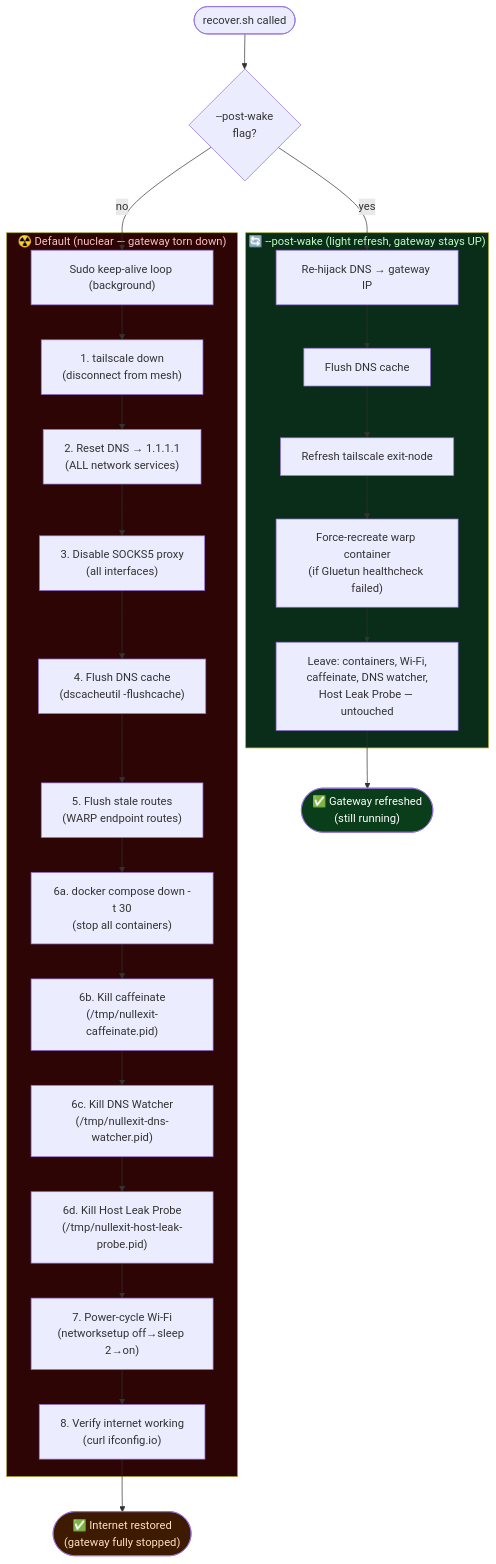
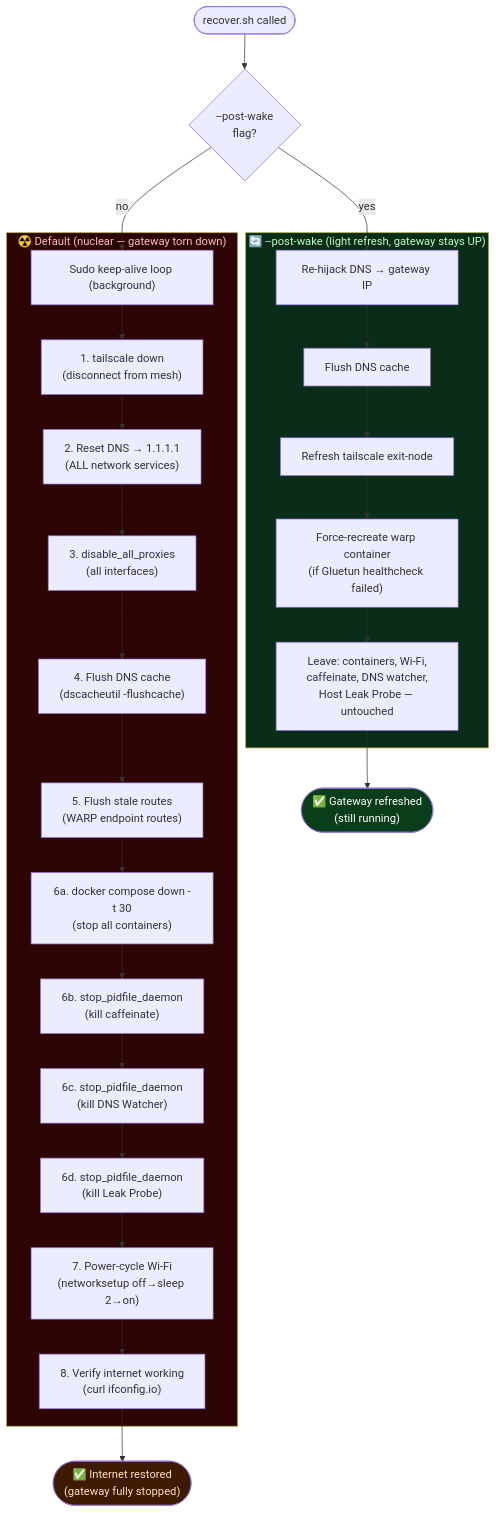
Before and after one commit to OmarAlaaeldein/nullexit: the sixth of 7 diagrams in diagrams.md, drawn with Mermaid. The commit also changed other lines of this file, not shown here.

First line of the commit message:
docs(diagrams): update flowcharts to reflect bash script deduplication

````diff
--- a/diagrams.md
+++ b/diagrams.md
@@ -243,43 +243,43 @@
 ```mermaid
 flowchart TD
     INVOKE(["recover.sh called"])
     MODE{"--post-wake\nflag?"}
 
     subgraph POSTWAKE["🔄 --post-wake (light refresh, gateway stays UP)"]
         PW1["Re-hijack DNS → gateway IP"]
         PW2["Flush DNS cache"]
         PW3["Refresh tailscale exit-node"]
         PW4["Force-recreate warp container\n(if Gluetun healthcheck failed)"]
         PW5["Leave: containers, Wi-Fi,\ncaffeinate, DNS watcher,\nHost Leak Probe — untouched"]
     end
 
     subgraph NUCLEAR["☢️ Default (nuclear — gateway torn down)"]
         N0["Sudo keep-alive loop (background)"]
         N1["1. tailscale down\n(disconnect from mesh)"]
         N2["2. Reset DNS → 1.1.1.1\n(ALL network services)"]
-        N3["3. Disable SOCKS5 proxy\n(all interfaces)"]
+        N3["3. disable_all_proxies\n(all interfaces)"]
         N4["4. Flush DNS cache\n(dscacheutil -flushcache)"]
         N5["5. Flush stale routes\n(WARP endpoint routes)"]
         N6a["6a. docker compose down -t 30\n(stop all containers)"]
-        N6b["6b. Kill caffeinate\n(/tmp/nullexit-caffeinate.pid)"]
-        N6c["6c. Kill DNS Watcher\n(/tmp/nullexit-dns-watcher.pid)"]
-        N6d["6d. Kill Host Leak Probe\n(/tmp/nullexit-host-leak-probe.pid)"]
+        N6b["6b. stop_pidfile_daemon\n(kill caffeinate)"]
+        N6c["6c. stop_pidfile_daemon\n(kill DNS Watcher)"]
+        N6d["6d. stop_pidfile_daemon\n(kill Leak Probe)"]
         N7["7. Power-cycle Wi-Fi\n(networksetup off→sleep 2→on)"]
         N8["8. Verify internet working\n(curl ifconfig.io)"]
     end
 
     DONE_PW(["✅ Gateway refreshed\n(still running)"])
     DONE_NUC(["✅ Internet restored\n(gateway fully stopped)"])
 
     INVOKE --> MODE
     MODE -->|"yes"| PW1
     PW1 --> PW2 --> PW3 --> PW4 --> PW5 --> DONE_PW
     MODE -->|"no"| N0
     N0 --> N1 --> N2 --> N3 --> N4 --> N5
     N5 --> N6a --> N6b --> N6c --> N6d --> N7 --> N8 --> DONE_NUC
 
     style POSTWAKE fill:#0a2d1a,color:#c0ffc0
     style NUCLEAR fill:#2d0505,color:#ffc0c0
     style DONE_PW fill:#0a3d1a,color:#fff
     style DONE_NUC fill:#3d1a00,color:#ffe0c0
 ```
````
